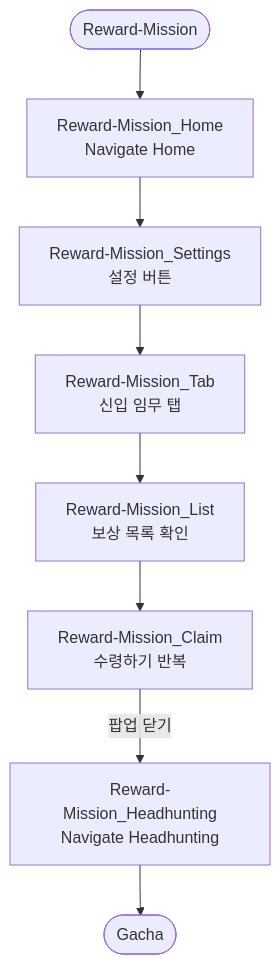
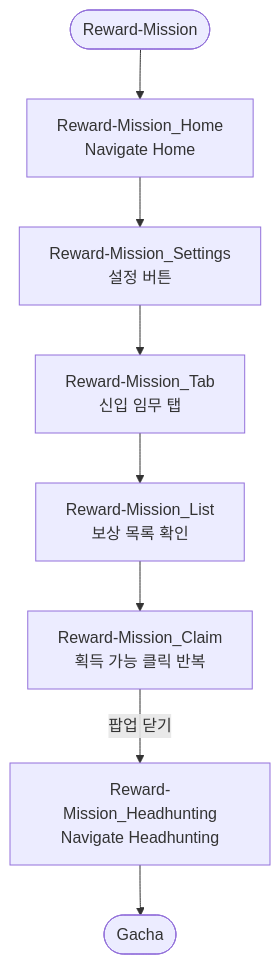
Diagram 12 of 13 in docs/Flow.md (HX3N/MAARese), drawn with Mermaid before and after one commit. The commit also changed other lines of this file, not shown here.

Commit message:
docs: update Flow to match actual behavior

````diff
--- a/docs/Flow.md
+++ b/docs/Flow.md
@@ -331,10 +332,10 @@
 ```mermaid
 flowchart TD
     R(["Reward-Mission"]) --> H["Reward-Mission_Home<br>Navigate Home"]
     H --> S["Reward-Mission_Settings<br>설정 버튼"]
     S --> T["Reward-Mission_Tab<br>신입 임무 탭"]
     T --> L["Reward-Mission_List<br>보상 목록 확인"]
-    L --> C["Reward-Mission_Claim<br>수령하기 반복"]
+    L --> C["Reward-Mission_Claim<br>획득 가능 클릭 반복"]
     C -- "팝업 닫기" --> GH["Reward-Mission_Headhunting<br>Navigate Headhunting"]
     GH --> G(["Gacha"])
 ```
````
